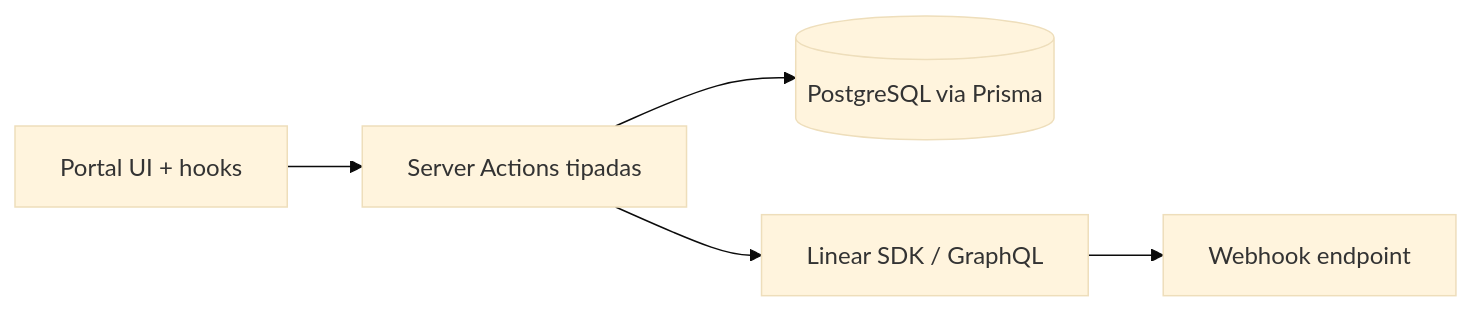
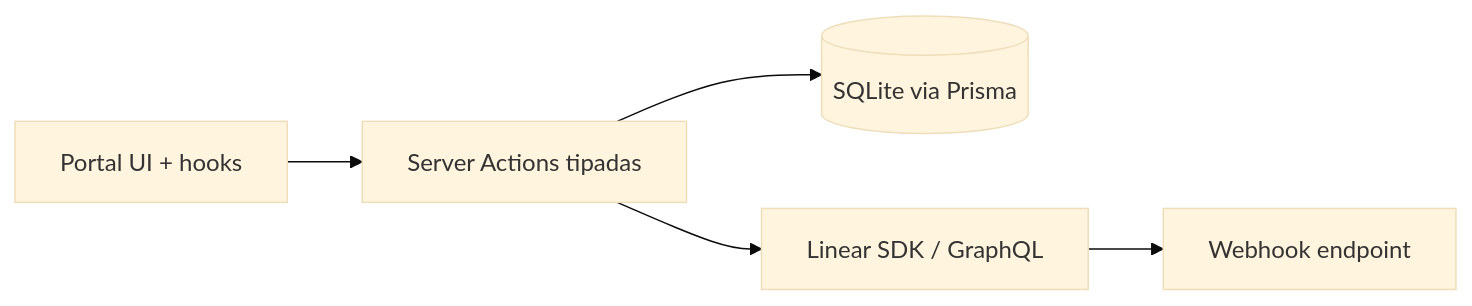
One commit to luisson10/conbiz-ticket-support changed the diagram in docs/architecture-overview.md. Above: the diagram before and after it, drawn with Mermaid (base theme). The commit also changed other lines of this file and 19 other files, not shown here.

````diff
--- a/docs/architecture-overview.md
+++ b/docs/architecture-overview.md
@@ -25,7 +25,7 @@
 ```mermaid
 flowchart LR
   UI[Portal UI + hooks] --> SA[Server Actions tipadas]
-  SA --> PR[(PostgreSQL via Prisma)]
+  SA --> PR[(SQLite via Prisma)]
   SA --> LIN[Linear SDK / GraphQL]
   LIN --> WEBHOOK[Webhook endpoint]
 ```
````
